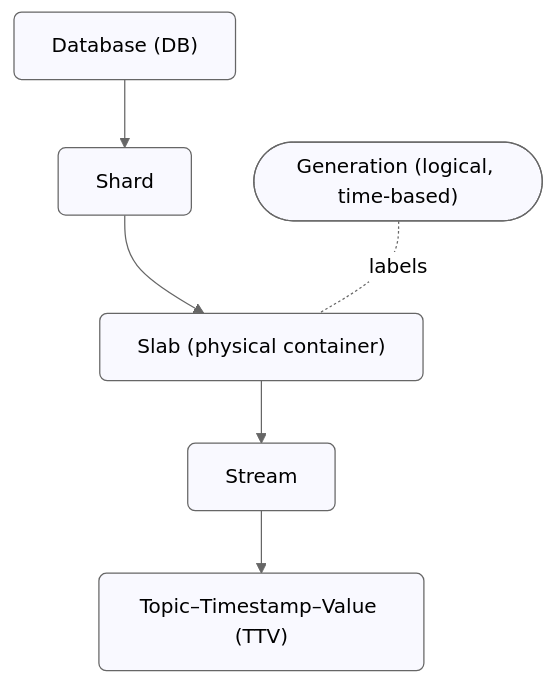
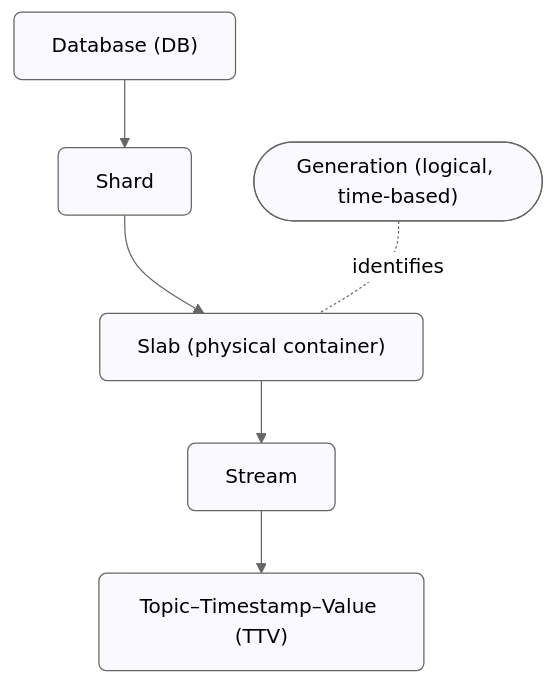
One commit to emqx/emqx-docs changed the diagram in en_US/design/durable-storage.md. Above: the diagram before and after it, drawn with Mermaid (neutral theme). The commit also changed other lines of this file and 3 other files, not shown here.

````diff
--- a/en_US/design/durable-storage.md
+++ b/en_US/design/durable-storage.md
@@ -22,22 +22,22 @@
 ```mermaid
 flowchart TB
     %% Durable Storage Hierarchy Diagram
     DB["Database (DB)"]
     SH["Shard"]
     GEN(["Generation (logical, time-based)"])
     SL["Slab (physical container)"]
     ST["Stream"]
     TTV["Topic–Timestamp–Value (TTV)"]
 
     %% Main hierarchy
     DB --> SH --> SL --> ST --> TTV
 
     %% Logical relationship
-    GEN -. labels .- SL
+    GEN -. identifies .- SL
 
     %% Styling
     classDef box fill:#f9f9ff,stroke:#666,stroke-width:1px,rx:6,ry:6;
     class DB,SH,SL,ST,TTV,GEN box;
 
 
 ```
````
